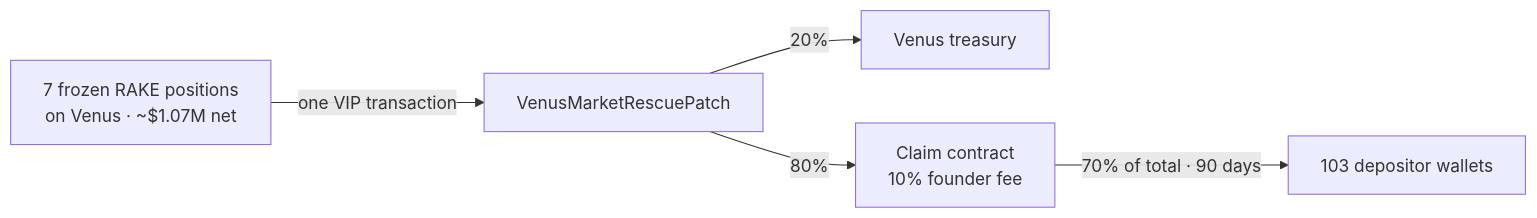
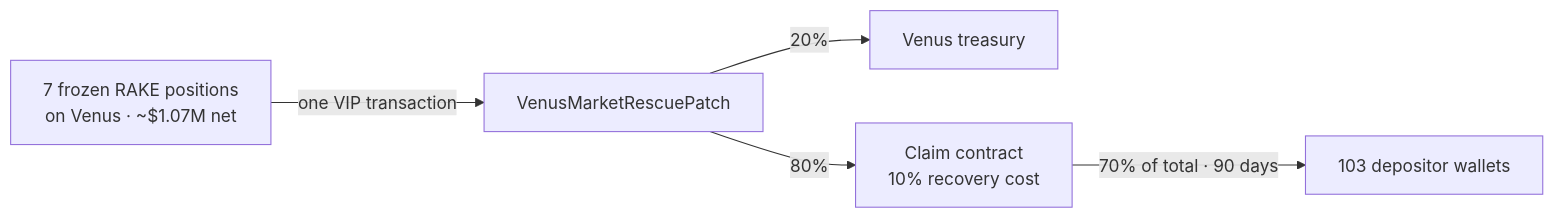
One commit to Lefgk/rake-venus-proposal changed the diagram in README.md. Above: the diagram before and after it, drawn with Mermaid. The commit also changed 2 other files, not shown here.

Commit message:
10% labelled recovery cost; announce in @forexsharkcalls

````diff
--- a/README.md
+++ b/README.md
@@ -3,7 +3,7 @@
 ```mermaid
 flowchart LR
     F["7 frozen RAKE positions<br/>on Venus · ~$1.07M net"] -->|"one VIP transaction"| S["VenusMarketRescuePatch"]
     S -->|"20%"| V["Venus treasury"]
-    S -->|"80%"| C["Claim contract<br/>10% founder fee"]
+    S -->|"80%"| C["Claim contract<br/>10% recovery cost"]
     C -->|"70% of total · 90 days"| D["103 depositor wallets"]
 ```
````
